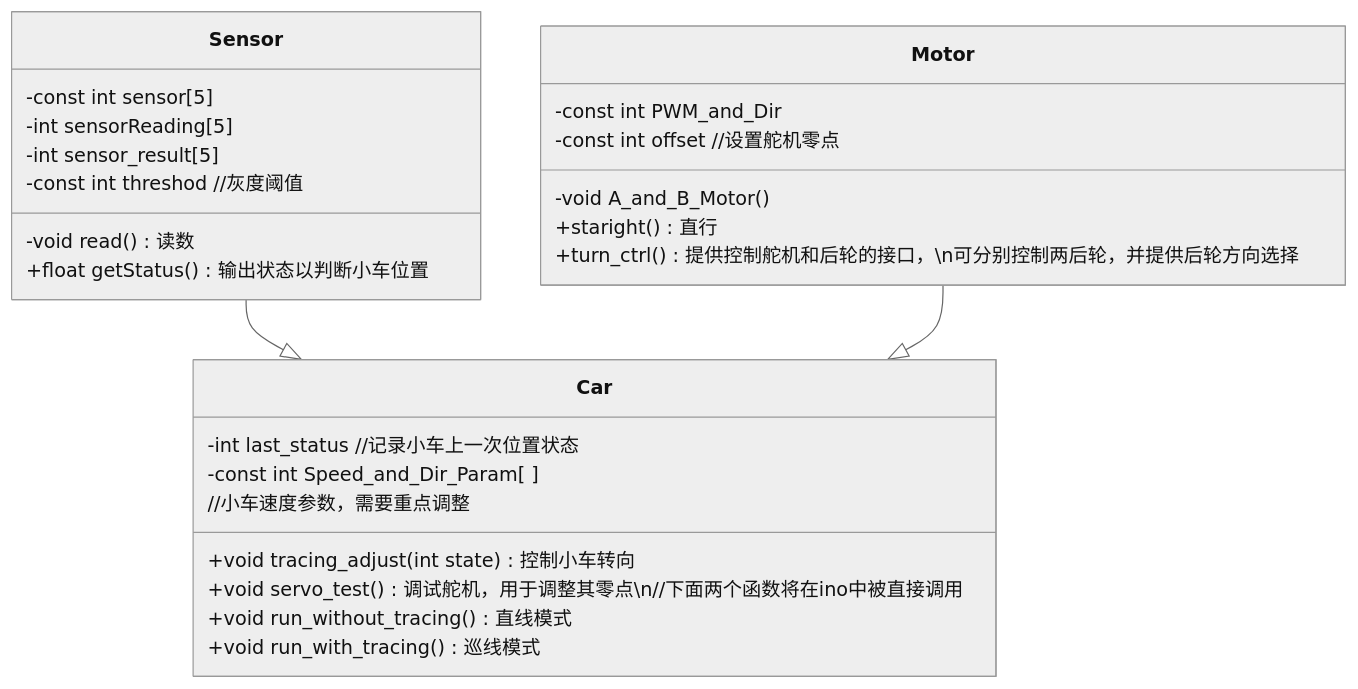
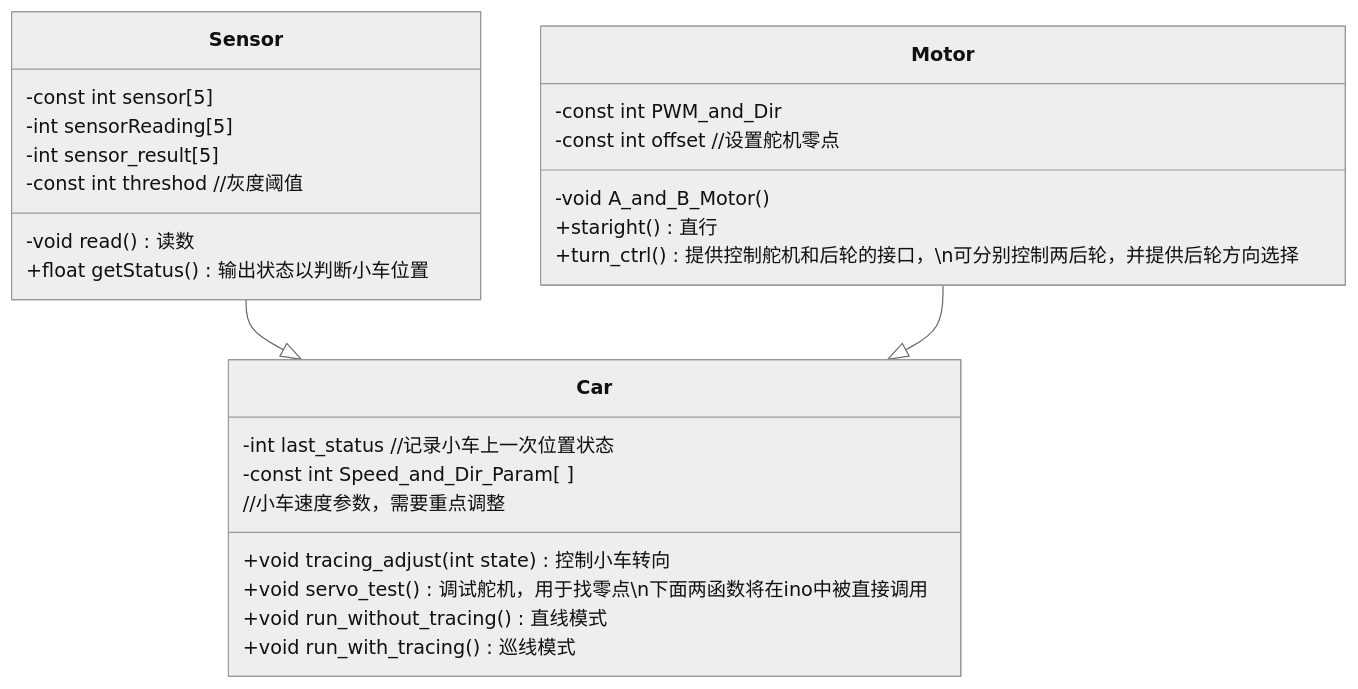
One commit to 0kitasan/TracingCar changed the first of 2 diagrams in README.md. Above: the diagram before and after it, drawn with Mermaid (neutral theme).

Commit message:
mermaid14

````diff
--- a/README.md
+++ b/README.md
@@ -11,31 +11,30 @@
 ``` mermaid
 classDiagram
     Sensor --|> Car
     Motor --|> Car
     class Sensor{
         -const int sensor[5]
         -int sensorReading[5]
         -int sensor_result[5]
         -const int threshod //灰度阈值
         -void read() 读数
         +float getStatus() 输出状态以判断小车位置
     }
     class Motor{
         -const int PWM_and_Dir
         -const int offset //设置舵机零点
-        
         -void A_and_B_Motor()
         +staright() 直行
         +turn_ctrl() 提供控制舵机和后轮的接口，\n可分别控制两后轮，并提供后轮方向选择
     }
     class Car{
         -int last_status //记录小车上一次位置状态
         -const int Speed_and_Dir_Param[ ] 
         //小车速度参数，需要重点调整
         +void tracing_adjust(int state) 控制小车转向
-        +void servo_test() 调试舵机，用于调整其零点\n//下面两个函数将在ino中被直接调用
-        
+        +void servo_test() 调试舵机，用于找零点\n下面两函数将在ino中被直接调用
+
         +void run_without_tracing() 直线模式
         +void run_with_tracing() 巡线模式
     }
 ```
````
